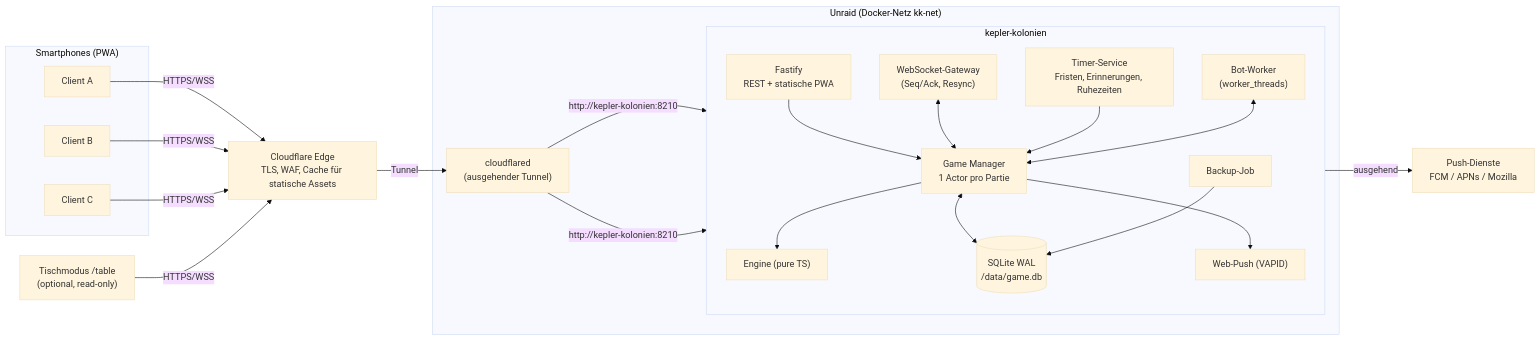
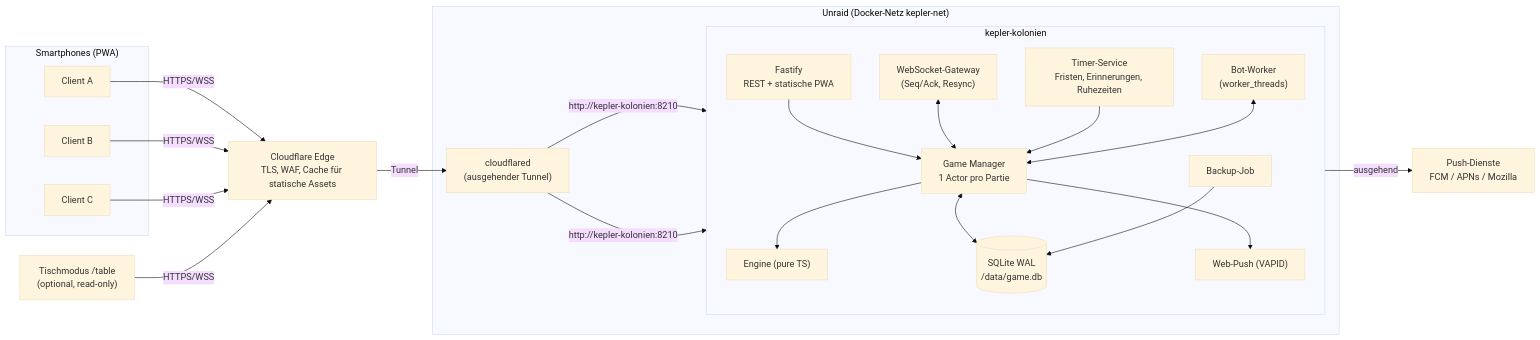
The second of 2 diagrams in docs/KONZEPT.md (pneumann1980/kepler-kolonien), drawn with Mermaid (base theme) before and after one commit. The commit also changed other lines of this file, not shown here.

First line of the commit message:
Konzept v1.3: Score-Chart-Tabelle für Nachschub, Projektname Kepler-Kolonien

````diff
--- a/docs/KONZEPT.md
+++ b/docs/KONZEPT.md
@@ -426,35 +476,35 @@
 ```mermaid
 flowchart LR
     subgraph Phones["Smartphones (PWA)"]
         C1[Client A]
         C2[Client B]
         C3[Client C]
     end
     TV["Tischmodus /table<br/>(optional, read-only)"]
     CF["Cloudflare Edge<br/>TLS, WAF, Cache für statische Assets"]
-    subgraph Unraid["Unraid (Docker-Netz kk-net)"]
+    subgraph Unraid["Unraid (Docker-Netz kepler-net)"]
         CFD["cloudflared<br/>(ausgehender Tunnel)"]
         subgraph Container["kepler-kolonien"]
             direction TB
             HTTP["Fastify<br/>REST + statische PWA"]
             WS["WebSocket-Gateway<br/>(Seq/Ack, Resync)"]
             GM["Game Manager<br/>1 Actor pro Partie"]
             ENG["Engine (pure TS)"]
             TMR["Timer-Service<br/>Fristen, Erinnerungen, Ruhezeiten"]
             PUSH["Web-Push (VAPID)"]
             BOT["Bot-Worker<br/>(worker_threads)"]
             DB[("SQLite WAL<br/>/data/game.db")]
             BK["Backup-Job"]
         end
     end
     PS["Push-Dienste<br/>FCM / APNs / Mozilla"]
     C1 & C2 & C3 & TV -->|HTTPS/WSS| CF -->|Tunnel| CFD -->|http://kepler-kolonien:8210| HTTP & WS
     HTTP --> GM
     WS <--> GM
     GM --> ENG
     GM <--> DB
     TMR --> GM
     BOT <--> GM
     GM --> PUSH -->|ausgehend| PS
     BK --> DB
 ```
````
